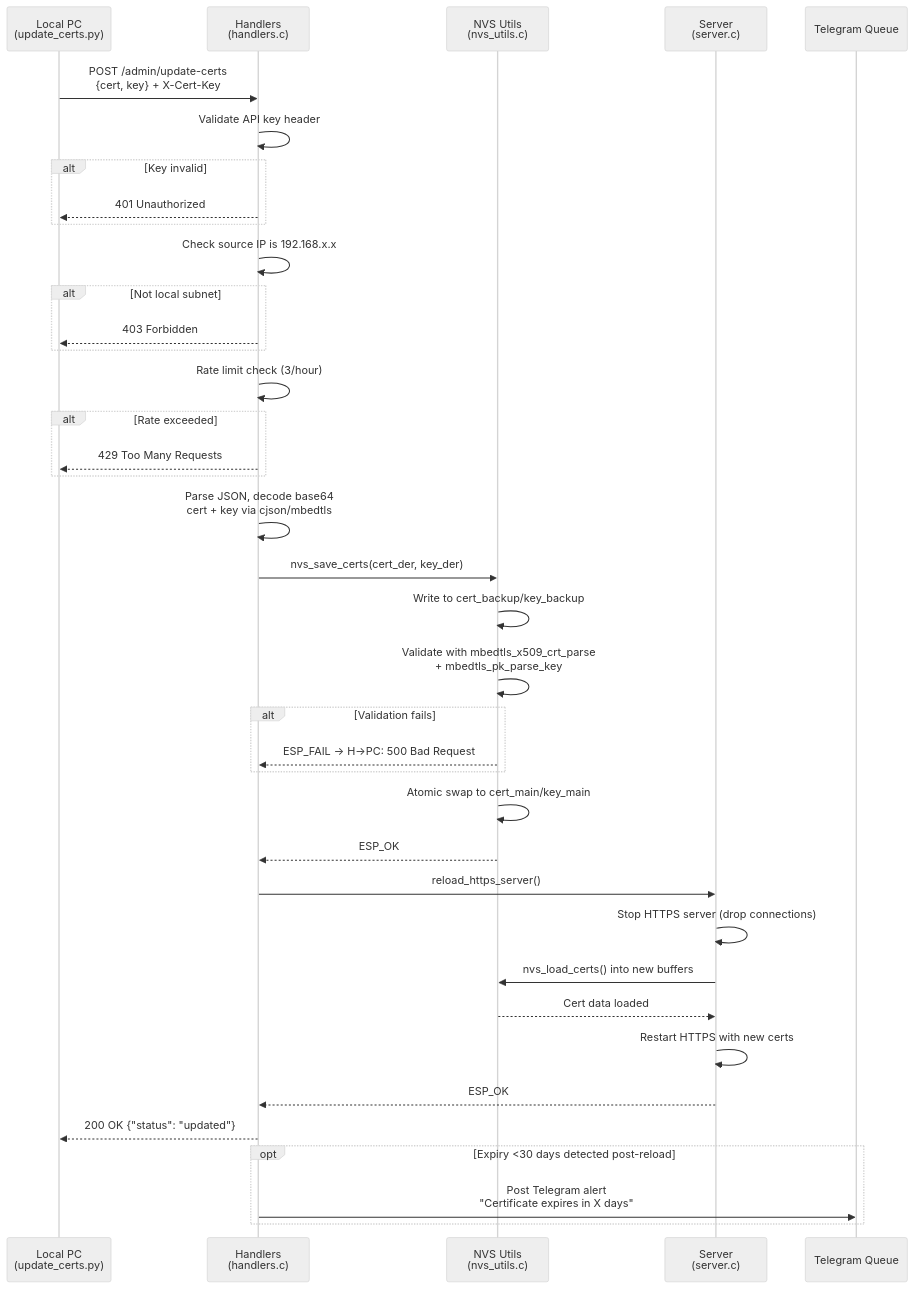
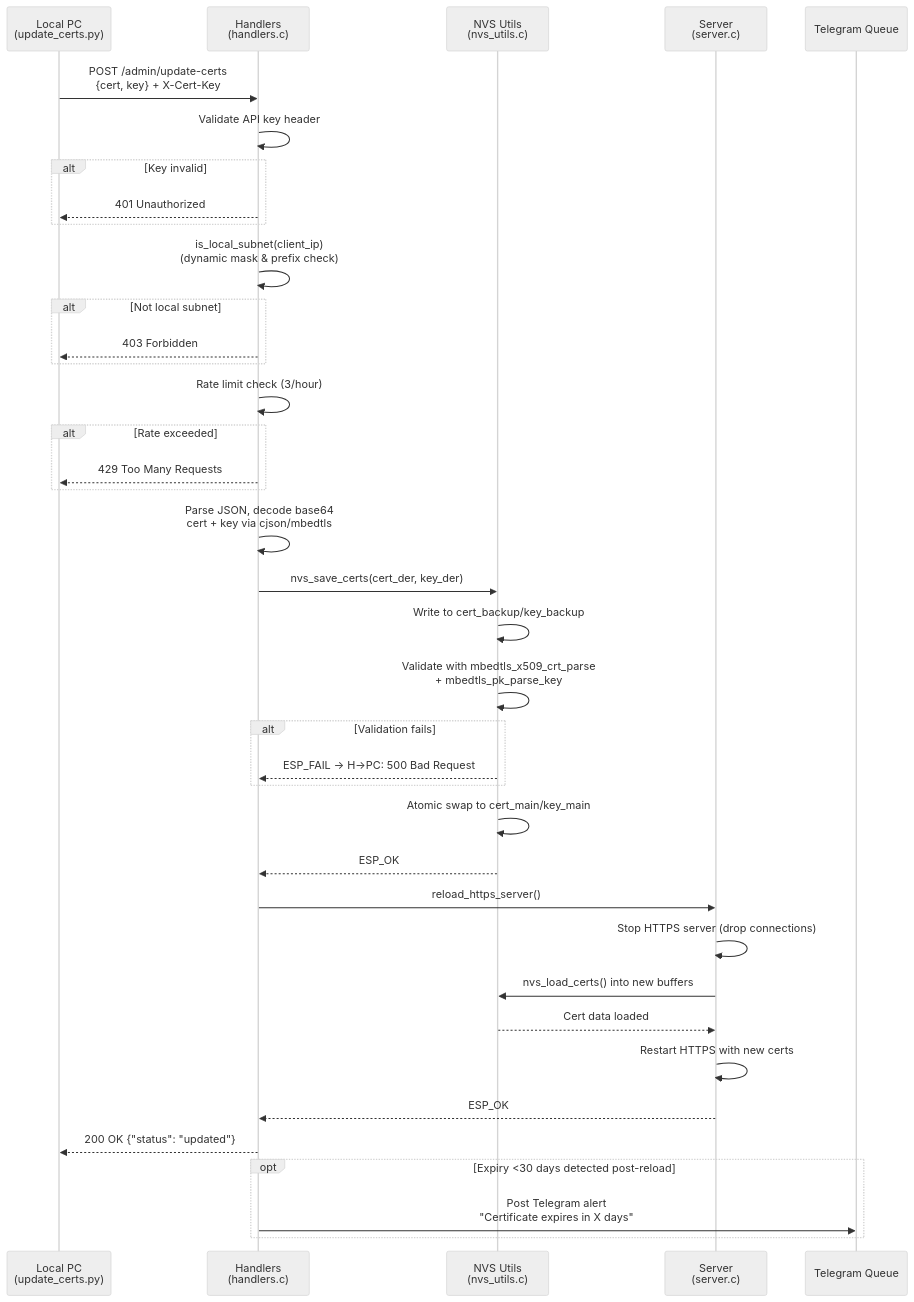
The seventh of 8 diagrams in LLMs.md (CenturySturgeon/Esp32WOL), drawn with Mermaid (neutral theme) before and after one commit. The commit also changed other lines of this file, not shown here.

````diff
--- a/LLMs.md
+++ b/LLMs.md
@@ -530,46 +543,46 @@
 ```mermaid
 sequenceDiagram
     participant PC as Local PC<br>(update_certs.py)
     participant H as Handlers<br>(handlers.c)
     participant N as NVS Utils<br>(nvs_utils.c)
     participant S as Server<br>(server.c)
     participant T as Telegram Queue
 
     PC->>H: POST /admin/update-certs<br>{cert, key} + X-Cert-Key
     H->>H: Validate API key header
     alt Key invalid
         H-->>PC: 401 Unauthorized
     end
 
-    H->>H: Check source IP is 192.168.x.x
+    H->>H: is_local_subnet(client_ip)<br>(dynamic mask & prefix check)
     alt Not local subnet
         H-->>PC: 403 Forbidden
     end
 
     H->>H: Rate limit check (3/hour)
     alt Rate exceeded
         H-->>PC: 429 Too Many Requests
     end
 
     H->>H: Parse JSON, decode base64<br>cert + key via cjson/mbedtls
     H->>N: nvs_save_certs(cert_der, key_der)
     N->>N: Write to cert_backup/key_backup
     N->>N: Validate with mbedtls_x509_crt_parse<br>+ mbedtls_pk_parse_key
     alt Validation fails
         N-->>H: ESP_FAIL → H→PC: 500 Bad Request
     end
 
     N->>N: Atomic swap to cert_main/key_main
     N-->>H: ESP_OK
     H->>S: reload_https_server()
     S->>S: Stop HTTPS server (drop connections)
     S->>N: nvs_load_certs() into new buffers
     N-->>S: Cert data loaded
     S->>S: Restart HTTPS with new certs
     S-->>H: ESP_OK
     H-->>PC: 200 OK {"status": "updated"}
 
     opt Expiry <30 days detected post-reload
         H->>T: Post Telegram alert<br>"Certificate expires in X days"
     end
 ```
````
